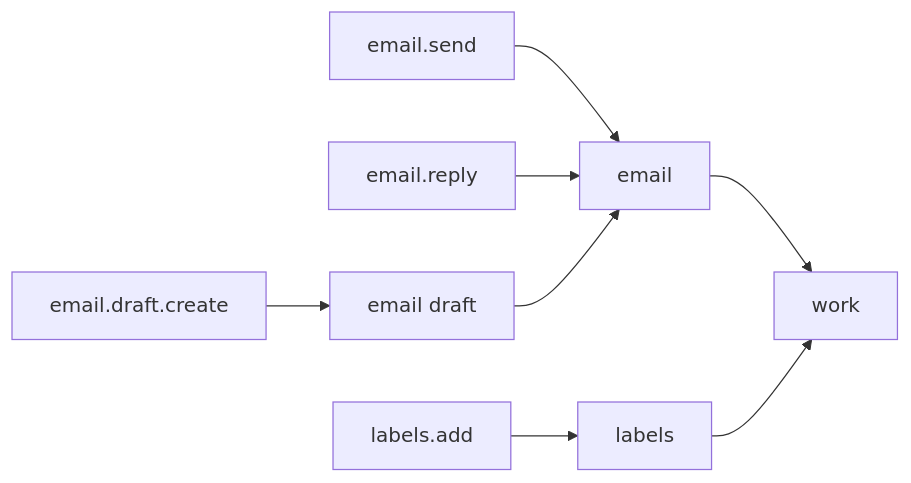
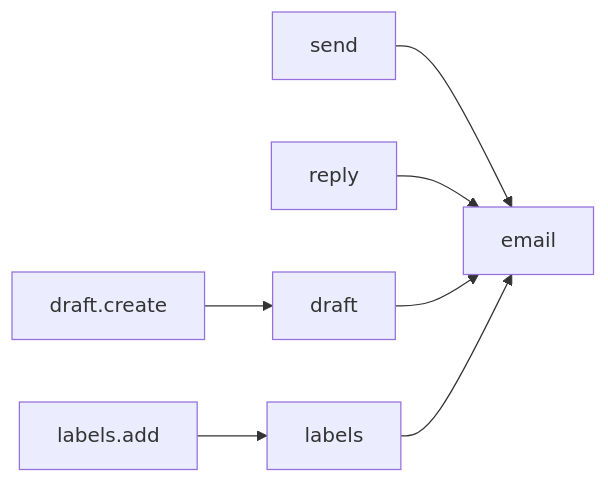
The second of 2 diagrams in docs/features/discovery-driven-cli.md (mcp2cli/source-code), drawn with Mermaid before and after one commit. The commit also changed other lines of this file and 31 other files, not shown here.

````diff
--- a/docs/features/discovery-driven-cli.md
+++ b/docs/features/discovery-driven-cli.md
@@ -80,10 +80,9 @@
 ```mermaid
 graph LR
-    A["email.send"] --> B["email"]
-    C["email.reply"] --> B
-    D["email.draft.create"] --> E["email draft"]
-    B --> F["work"]
-    E --> B
+    A["send"] --> F["email"]
+    C["reply"] --> F
+    D["draft.create"] --> E["draft"]
+    E --> F
     G["labels.add"] --> H["labels"]
     H --> F
 ```
````
